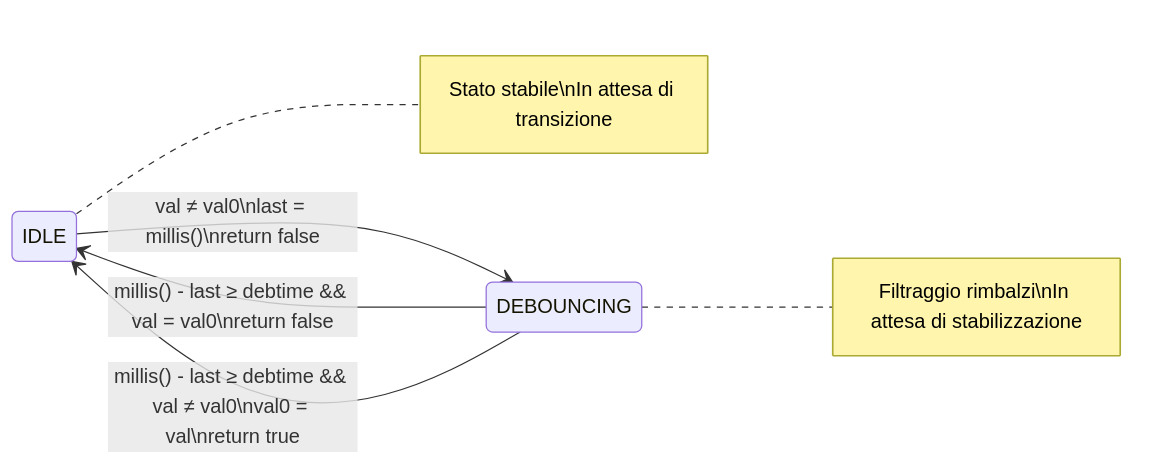
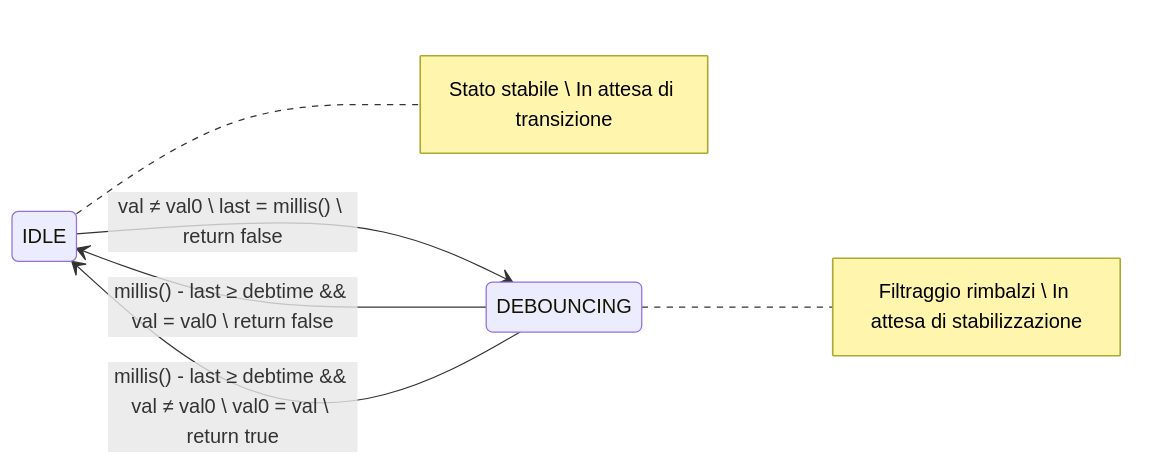
One commit to sebastianomelita/ArduinoBareMetal changed the diagram in debouncerFSM2.md. Above: the diagram before and after it, drawn with Mermaid.

````diff
--- a/debouncerFSM2.md
+++ b/debouncerFSM2.md
@@ -138,12 +138,12 @@
 ```mermaid
 %%{init: {'theme': 'default', 'themeVariables': { 'primaryColor': '#ffffff', 'primaryTextColor': '#000000', 'primaryBorderColor': '#000000', 'lineColor': '#000000', 'secondaryColor': '#f4f4f4', 'tertiaryColor': '#ffffff' }}}%%
 stateDiagram-v2
     direction LR
     
-    IDLE --> DEBOUNCING: val ≠ val0\nlast = millis()\nreturn false
-    DEBOUNCING --> IDLE: millis() - last ≥ debtime && val = val0\nreturn false
-    DEBOUNCING --> IDLE: millis() - last ≥ debtime && val ≠ val0\nval0 = val\nreturn true
+    IDLE --> DEBOUNCING: val ≠ val0 \ last = millis() \ return false
+    DEBOUNCING --> IDLE: millis() - last ≥ debtime && val = val0 \ return false
+    DEBOUNCING --> IDLE: millis() - last ≥ debtime && val ≠ val0 \ val0 = val \ return true
     
-    note right of IDLE: Stato stabile\nIn attesa di transizione
-    note right of DEBOUNCING: Filtraggio rimbalzi\nIn attesa di stabilizzazione
+    note right of IDLE: Stato stabile \ In attesa di transizione
+    note right of DEBOUNCING: Filtraggio rimbalzi \ In attesa di stabilizzazione
 ```
````
